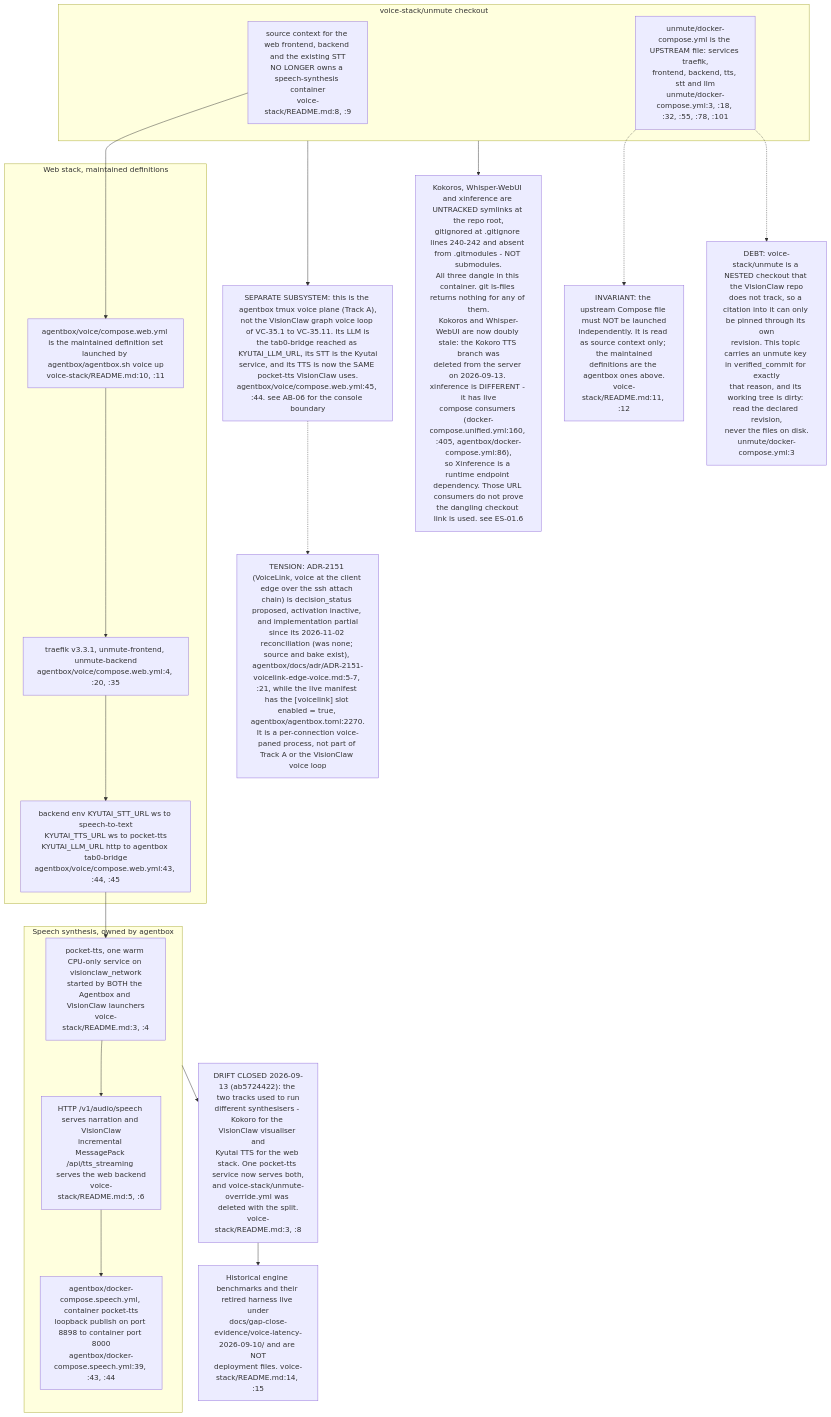
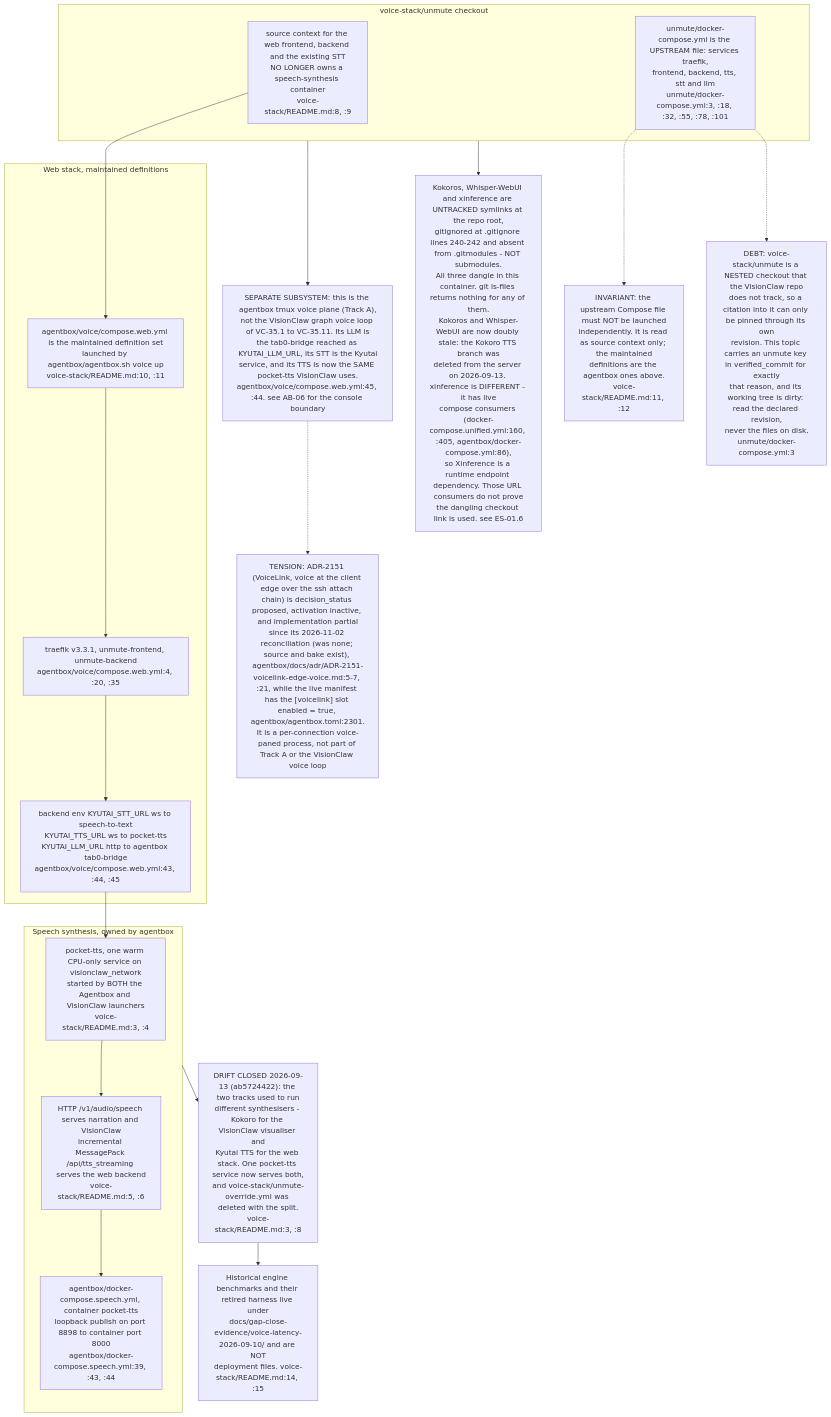
One commit to DreamLab-AI/VisionFlow changed the tenth of 12 diagrams in docs/diagrams/visionclaw/35-voice-end-to-end.md. Above: the diagram before and after it, drawn with Mermaid. The commit also changed other lines of this file and 14 other files, not shown here.

Commit message:
docs: align settlement, daemon and dated health diagrams

````diff
--- a/docs/diagrams/visionclaw/35-voice-end-to-end.md
+++ b/docs/diagrams/visionclaw/35-voice-end-to-end.md
@@ -532,35 +532,35 @@
 ```mermaid
 flowchart TB
     subgraph owned["Speech synthesis, owned by agentbox"]
         P1["pocket-tts, one warm CPU-only service on visionclaw_network<br/>started by BOTH the Agentbox and VisionClaw launchers<br/>voice-stack/README.md:3, :4"]
         P2["HTTP /v1/audio/speech serves narration and VisionClaw<br/>incremental MessagePack /api/tts_streaming serves the web backend<br/>voice-stack/README.md:5, :6"]
         P3["agentbox/docker-compose.speech.yml, container pocket-tts<br/>loopback publish on port 8898 to container port 8000<br/>agentbox/docker-compose.speech.yml:39, :43, :44"]
     end
     subgraph web["Web stack, maintained definitions"]
         W1["agentbox/voice/compose.web.yml is the maintained definition set<br/>launched by agentbox/agentbox.sh voice up<br/>voice-stack/README.md:10, :11"]
         W2["traefik v3.3.1, unmute-frontend, unmute-backend<br/>agentbox/voice/compose.web.yml:4, :20, :35"]
         W3["backend env KYUTAI_STT_URL ws to speech-to-text<br/>KYUTAI_TTS_URL ws to pocket-tts<br/>KYUTAI_LLM_URL http to agentbox tab0-bridge<br/>agentbox/voice/compose.web.yml:43, :44, :45"]
     end
     subgraph legacy["voice-stack/unmute checkout"]
         U1["source context for the web frontend, backend and the existing STT<br/>NO LONGER owns a speech-synthesis container<br/>voice-stack/README.md:8, :9"]
         U2["unmute/docker-compose.yml is the UPSTREAM file: services traefik,<br/>frontend, backend, tts, stt and llm<br/>unmute/docker-compose.yml:3, :18, :32, :55, :78, :101"]
     end
     P1 --> P2 --> P3
     W1 --> W2 --> W3
     W3 --> P1
     U1 --> W1
     U2 -.-> INV
     INV["INVARIANT: the upstream Compose file must NOT be launched<br/>independently. It is read as source context only; the maintained<br/>definitions are the agentbox ones above.<br/>voice-stack/README.md:11, :12"]
     U2 -.-> UNPIN
     UNPIN["DEBT: voice-stack/unmute is a NESTED checkout that the VisionClaw repo<br/>does not track, so a citation into it can only be pinned through its own<br/>revision. This topic carries an unmute key in verified_commit for exactly<br/>that reason, and its working tree is dirty: read the declared revision,<br/>never the files on disk.<br/>unmute/docker-compose.yml:3"]
     legacy --> SEP
-    VL["TENSION: ADR-2151 (VoiceLink, voice at the client edge over the ssh attach chain) is decision_status proposed, activation inactive, and implementation partial<br/>since its 2026-11-02 reconciliation (was none; source and bake exist), agentbox/docs/adr/ADR-2151-voicelink-edge-voice.md:5-7, :21, while the live manifest has the [voicelink] slot enabled = true, agentbox/agentbox.toml:2270.<br/>It is a per-connection voice-paned process, not part of Track A or the VisionClaw voice loop"]
+    VL["TENSION: ADR-2151 (VoiceLink, voice at the client edge over the ssh attach chain) is decision_status proposed, activation inactive, and implementation partial<br/>since its 2026-11-02 reconciliation (was none; source and bake exist), agentbox/docs/adr/ADR-2151-voicelink-edge-voice.md:5-7, :21, while the live manifest has the [voicelink] slot enabled = true, agentbox/agentbox.toml:2301.<br/>It is a per-connection voice-paned process, not part of Track A or the VisionClaw voice loop"]
     SEP -.-> VL
     SEP["SEPARATE SUBSYSTEM: this is the agentbox tmux voice plane (Track A),<br/>not the VisionClaw graph voice loop of VC-35.1 to VC-35.11. Its LLM is<br/>the tab0-bridge reached as KYUTAI_LLM_URL, its STT is the Kyutai<br/>service, and its TTS is now the SAME pocket-tts VisionClaw uses.<br/>agentbox/voice/compose.web.yml:45, :44. see AB-06 for the console boundary"]
     owned --> CONV
     CONV["DRIFT CLOSED 2026-09-13 (ab5724422): the two tracks used to run<br/>different synthesisers - Kokoro for the VisionClaw visualiser and<br/>Kyutai TTS for the web stack. One pocket-tts service now serves both,<br/>and voice-stack/unmute-override.yml was deleted with the split.<br/>voice-stack/README.md:3, :8"]
     DIV["Kokoros, Whisper-WebUI and xinference are UNTRACKED symlinks at the repo root,<br/>gitignored at .gitignore lines 240-242 and absent from .gitmodules - NOT submodules.<br/>All three dangle in this container. git ls-files returns nothing for any of them.<br/>Kokoros and Whisper-WebUI are now doubly stale: the Kokoro TTS branch was<br/>deleted from the server on 2026-09-13. xinference is DIFFERENT - it has live<br/>compose consumers (docker-compose.unified.yml:160, :405, agentbox/docker-compose.yml:86),<br/>so Xinference is a runtime endpoint dependency. Those URL consumers do not prove<br/>the dangling checkout link is used. see ES-01.6"]
     legacy --> DIV
     HIST["Historical engine benchmarks and their retired harness live under<br/>docs/gap-close-evidence/voice-latency-2026-09-10/ and are NOT<br/>deployment files. voice-stack/README.md:14, :15"]
     CONV --> HIST
 ```
````
